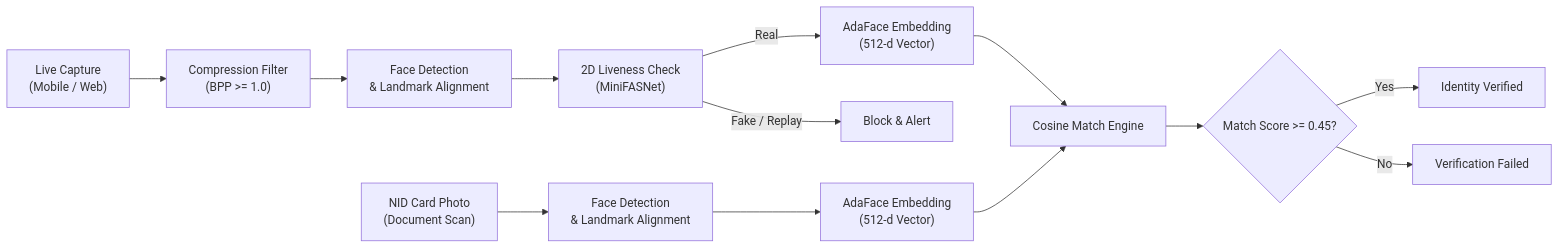
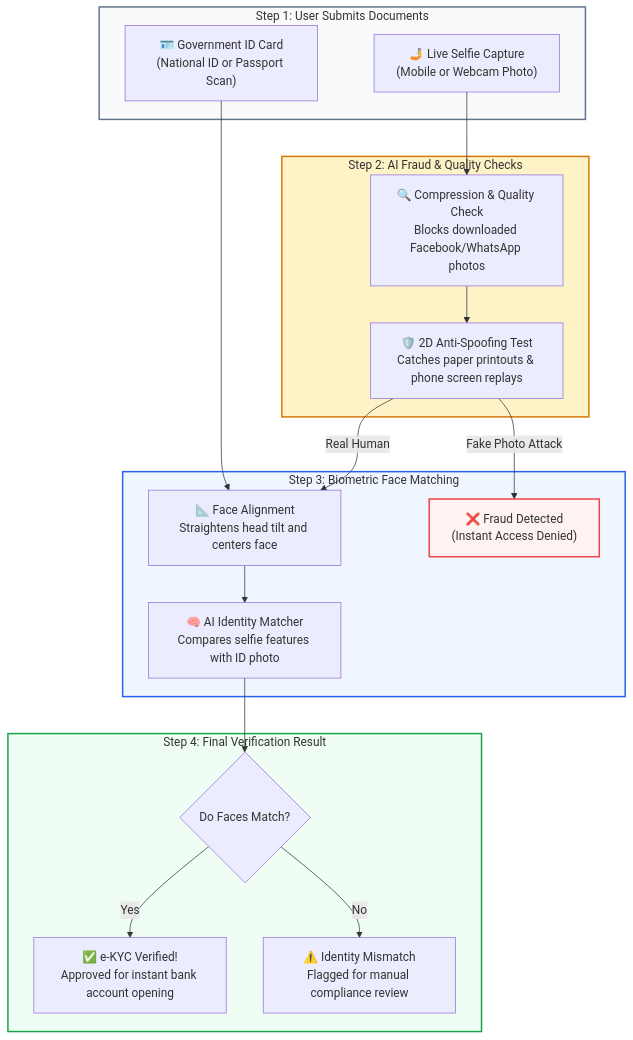
Before and after one commit to datawithAsif/Video-Analytics-Architecture-Portfolio: the diagram in docs/01_flagship_ekyc_face_verification.md, drawn with Mermaid. The commit also changed 9 other files, not shown here.

Commit message:
docs: redesign diagrams into intuitive, recruiter-friendly flowcharts

````diff
--- a/docs/01_flagship_ekyc_face_verification.md
+++ b/docs/01_flagship_ekyc_face_verification.md
@@ -15,17 +15,40 @@
 ```mermaid
-flowchart LR
-    A["Live Capture\n(Mobile / Web)"] --> B["Compression Filter\n(BPP >= 1.0)"]
-    B --> C["Face Detection\n& Landmark Alignment"]
-    C --> D["2D Liveness Check\n(MiniFASNet)"]
-    D -->|Real| E["AdaFace Embedding\n(512-d Vector)"]
-    D -->|Fake / Replay| F["Block & Alert"]
-    
-    G["NID Card Photo\n(Document Scan)"] --> H["Face Detection\n& Landmark Alignment"]
-    H --> I["AdaFace Embedding\n(512-d Vector)"]
-    
-    E --> J["Cosine Match Engine"]
-    I --> J
-    J --> K{"Match Score >= 0.45?"}
-    K -->|Yes| L["Identity Verified"]
-    K -->|No| M["Verification Failed"]
+flowchart TD
+    subgraph Step1 ["Step 1: User Submits Documents"]
+        SELFIE["🤳 Live Selfie Capture\n(Mobile or Webcam Photo)"]
+        NID["🪪 Government ID Card\n(National ID or Passport Scan)"]
+    end
+
+    subgraph Step2 ["Step 2: AI Fraud & Quality Checks"]
+        FILTER["🔍 Compression & Quality Check\nBlocks downloaded Facebook/WhatsApp photos"]
+        LIVENESS["🛡️ 2D Anti-Spoofing Test\nCatches paper printouts & phone screen replays"]
+        
+        SELFIE --> FILTER --> LIVENESS
+    end
+
+    subgraph Step3 ["Step 3: Biometric Face Matching"]
+        ALIGN["📐 Face Alignment\nStraightens head tilt and centers face"]
+        MATCH["🧠 AI Identity Matcher\nCompares selfie features with ID photo"]
+        
+        LIVENESS -->|Real Human| ALIGN
+        LIVENESS -->|Fake Photo Attack| BLOCK["❌ Fraud Detected\n(Instant Access Denied)"]
+        NID --> ALIGN
+        ALIGN --> MATCH
+    end
+
+    subgraph Step4 ["Step 4: Final Verification Result"]
+        RESULT{"Do Faces Match?"}
+        VERIFIED["✅ e-KYC Verified!\nApproved for instant bank account opening"]
+        REJECTED["⚠️ Identity Mismatch\nFlagged for manual compliance review"]
+        
+        MATCH --> RESULT
+        RESULT -->|Yes| VERIFIED
+        RESULT -->|No| REJECTED
+    end
+
+    style Step1 fill:#f8fafc,stroke:#64748b,stroke-width:2px
+    style Step2 fill:#fef3c7,stroke:#d97706,stroke-width:2px
+    style Step3 fill:#eff6ff,stroke:#2563eb,stroke-width:2px
+    style Step4 fill:#f0fdf4,stroke:#16a34a,stroke-width:2px
+    style BLOCK fill:#fef2f2,stroke:#ef4444,stroke-width:2px
 ```
````
